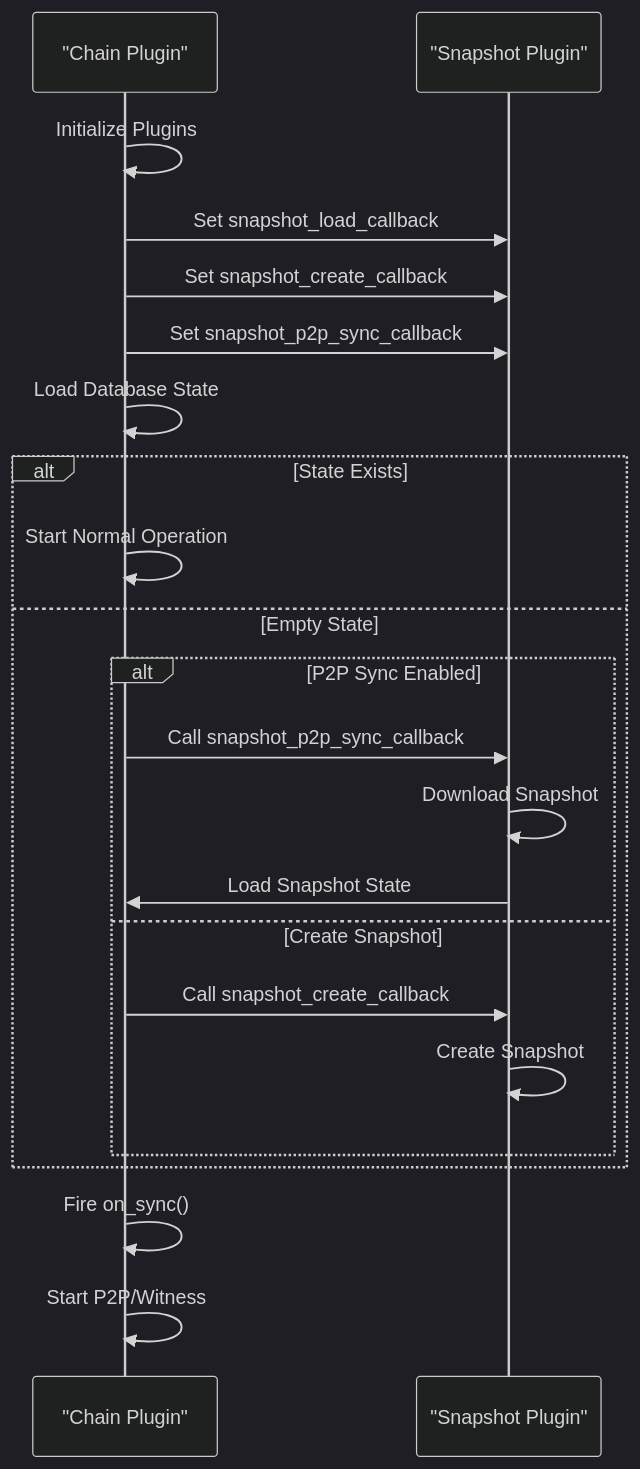
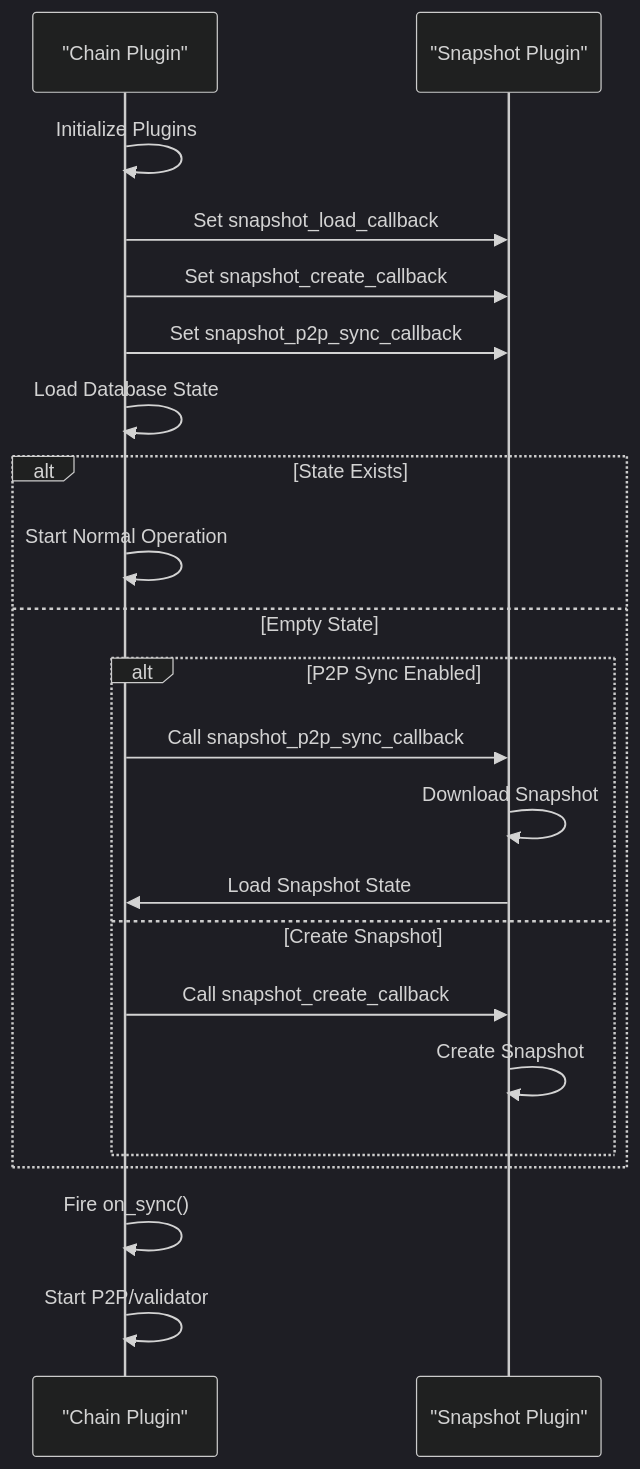
One commit to VIZ-Blockchain/viz-cpp-node changed diagram 15 of 17 in .qoder/repowiki/en/content/Architecture Overview/Plugin Architecture/Plugin Architecture.md. Above: the diagram before and after it, drawn with Mermaid (dark theme). The commit also changed 88 other files, not shown here.

First line of the commit message:
docs(validator): rename witness to validator throughout documentation

````diff
--- a/.qoder/repowiki/en/content/Architecture Overview/Plugin Architecture/Plugin Architecture.md
+++ b/.qoder/repowiki/en/content/Architecture Overview/Plugin Architecture/Plugin Architecture.md
@@ -710,24 +710,24 @@
 ```mermaid
 sequenceDiagram
 participant Chain as "Chain Plugin"
 participant Snapshot as "Snapshot Plugin"
 Chain->>Chain : Initialize Plugins
 Chain->>Snapshot : Set snapshot_load_callback
 Chain->>Snapshot : Set snapshot_create_callback
 Chain->>Snapshot : Set snapshot_p2p_sync_callback
 Chain->>Chain : Load Database State
 alt State Exists
 Chain->>Chain : Start Normal Operation
 else Empty State
 alt P2P Sync Enabled
 Chain->>Snapshot : Call snapshot_p2p_sync_callback
 Snapshot->>Snapshot : Download Snapshot
 Snapshot->>Chain : Load Snapshot State
 else Create Snapshot
 Chain->>Snapshot : Call snapshot_create_callback
 Snapshot->>Snapshot : Create Snapshot
 end
 end
 Chain->>Chain : Fire on_sync()
-Chain->>Chain : Start P2P/Witness
+Chain->>Chain : Start P2P/validator
 ```
````
